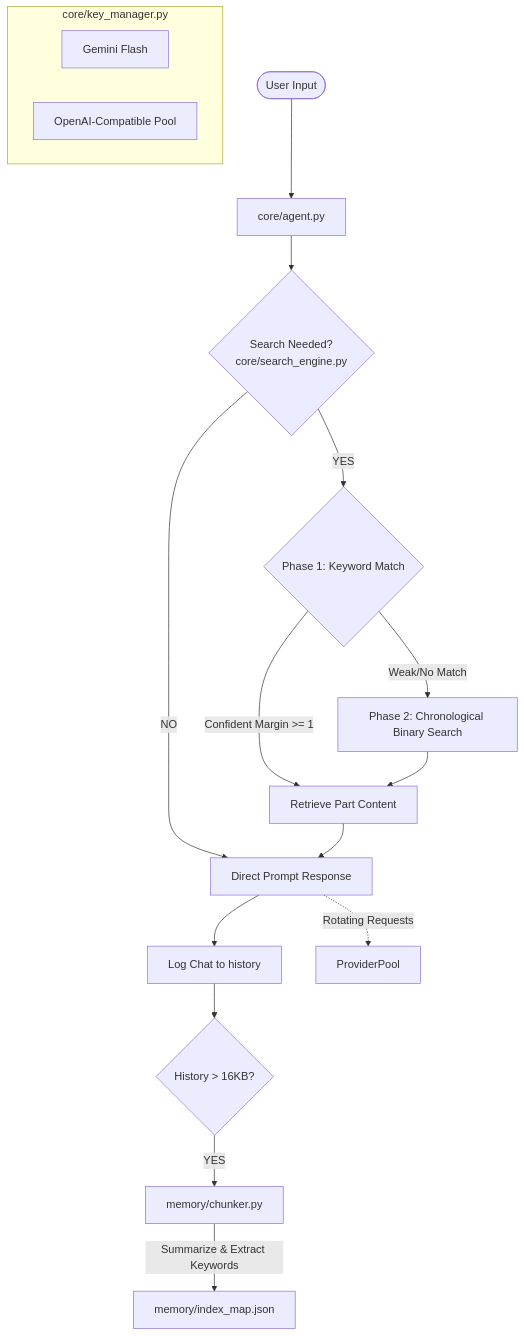
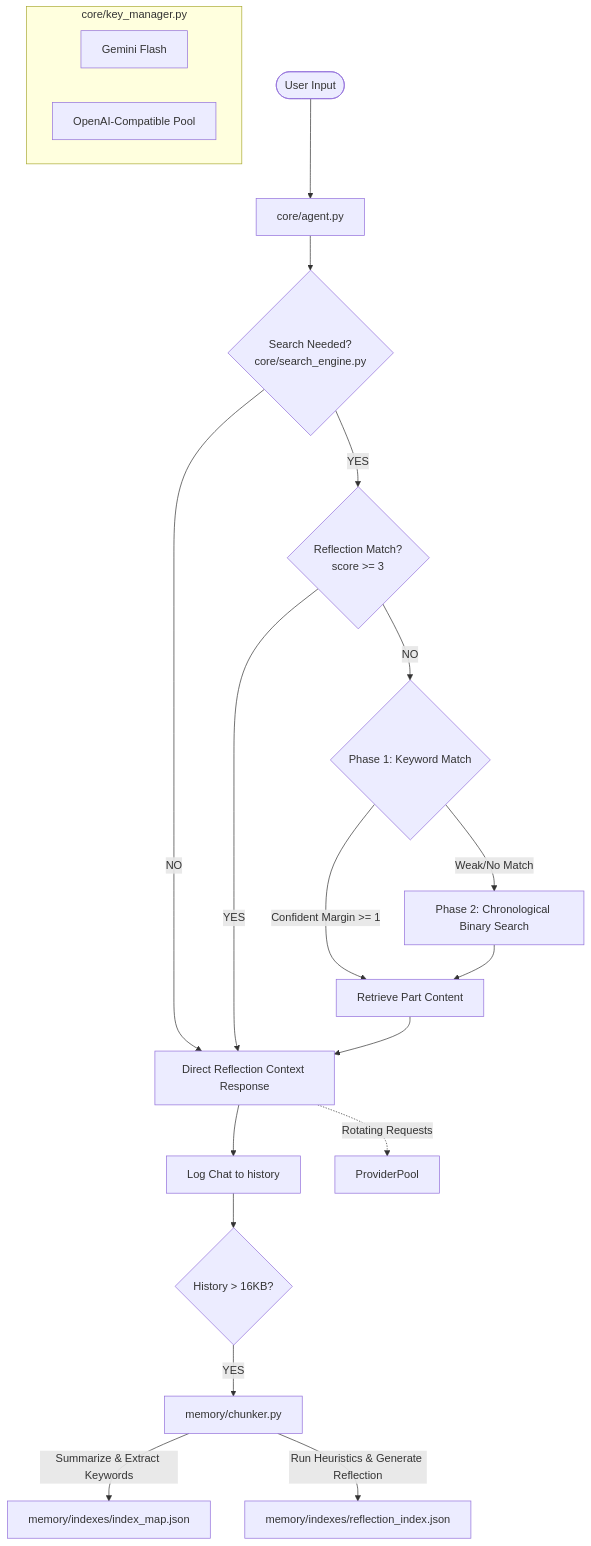
One commit to vaughnNixon/dialogue-agent-memory changed the diagram in README.md. Above: the diagram before and after it, drawn with Mermaid. The commit also changed other lines of this file and 4 other files, not shown here.

Commit message:
feat: implement Athena V2 Reflection Memory System

````diff
--- a/README.md
+++ b/README.md
@@ -9,26 +9,30 @@
 ```mermaid
 graph TD
     User([User Input]) --> Agent[core/agent.py]
     Agent --> IntentCheck{Search Needed? <br> core/search_engine.py}
     
     IntentCheck -- NO --> GenerateResponse[Direct Prompt Response]
-    IntentCheck -- YES --> Phase1{Phase 1: Keyword Match}
+    IntentCheck -- YES --> ReflectionSearch{Reflection Match? <br> score >= 3}
+    
+    ReflectionSearch -- YES --> GenerateResponse[Direct Reflection Context Response]
+    ReflectionSearch -- NO --> Phase1{Phase 1: Keyword Match}
     
     Phase1 -- Confident Margin >= 1 --> RetrievePart[Retrieve Part Content]
     Phase1 -- Weak/No Match --> Phase2[Phase 2: Chronological Binary Search]
     
     Phase2 --> RetrievePart
     RetrievePart --> GenerateResponse
     
     GenerateResponse --> LogHistory[Log Chat to history]
     LogHistory --> AutoChunk{History > 16KB?}
     AutoChunk -- YES --> Chunker[memory/chunker.py]
-    Chunker -- Summarize & Extract Keywords --> Index[memory/index_map.json]
+    Chunker -- Summarize & Extract Keywords --> Index[memory/indexes/index_map.json]
+    Chunker -- Run Heuristics & Generate Reflection --> ReflectionIndex[memory/indexes/reflection_index.json]
     
     subgraph Provider Pool [core/key_manager.py]
         Gemini[Gemini Flash]
         OpenAIComp[OpenAI-Compatible Pool]
     end
     
     GenerateResponse -. Rotating Requests .-> ProviderPool
 ```
````
